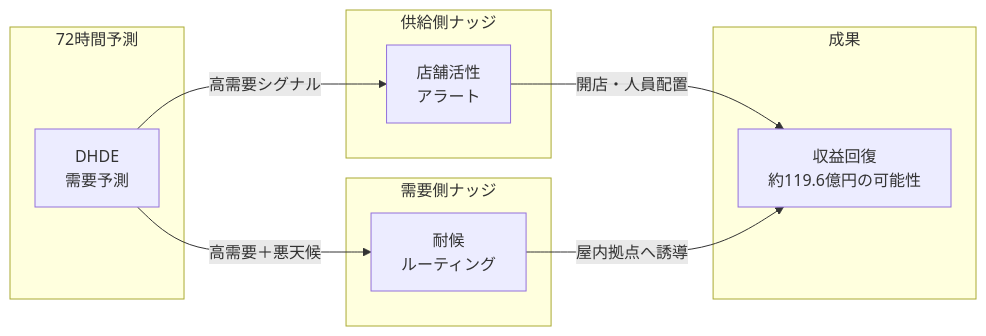
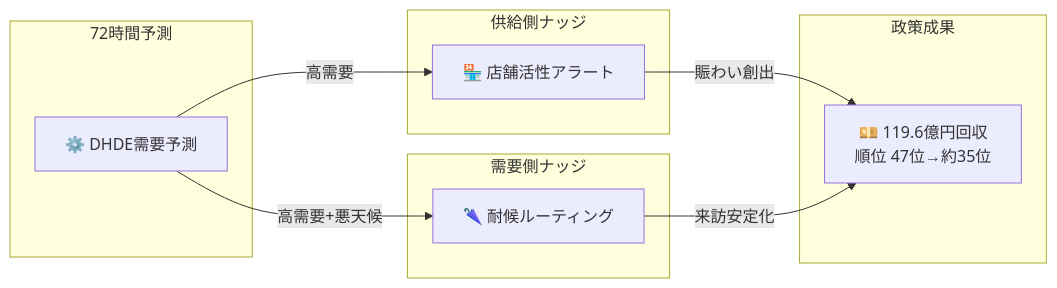
One commit to dinabelay-hub/hokuriku-tourism-ai-governance changed the second of 2 diagrams in output/EXECUTIVE_REPORT.ja.md. Above: the diagram before and after it, drawn with Mermaid. The commit also changed other lines of this file and 5 other files, not shown here.

````diff
--- a/output/EXECUTIVE_REPORT.ja.md
+++ b/output/EXECUTIVE_REPORT.ja.md
@@ -94,19 +114,19 @@
 ```mermaid
 graph LR
-    subgraph Forecast["72時間予測"]
-        F["DHDE<br/>需要予測"]
-    end
-    subgraph Supply["供給側ナッジ"]
-        SN["店舗活性<br/>アラート"]
-    end
-    subgraph Demand["需要側ナッジ"]
-        DN["耐候<br/>ルーティング"]
-    end
-    subgraph Outcome["成果"]
-        R["収益回復<br/>約119.6億円の可能性"]
-    end
-    F -->|"高需要シグナル"| SN
-    F -->|"高需要＋悪天候"| DN
-    SN -->|"開店・人員配置"| R
-    DN -->|"屋内拠点へ誘導"| R
+	subgraph Forecast["72時間予測"]
+		F["⚙️ DHDE需要予測"]
+	end
+	subgraph Supply["供給側ナッジ"]
+		SN["🏪 店舗活性アラート"]
+	end
+	subgraph Demand["需要側ナッジ"]
+		DN["🌂 耐候ルーティング"]
+	end
+	subgraph Outcome["政策成果"]
+		R["💴 119.6億円回収<br/>順位 47位→約35位"]
+	end
+	F -->|"高需要"| SN
+	F -->|"高需要+悪天候"| DN
+	SN -->|"賑わい創出"| R
+	DN -->|"来訪安定化"| R
 ```
````
